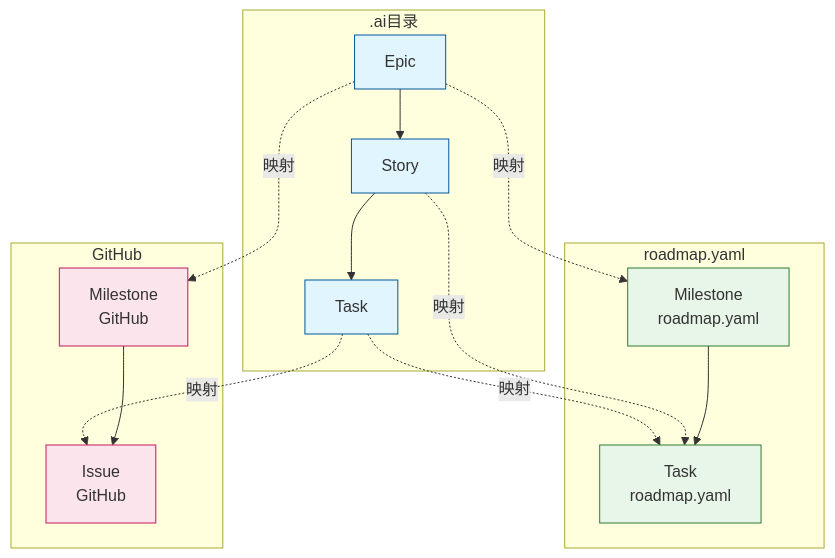
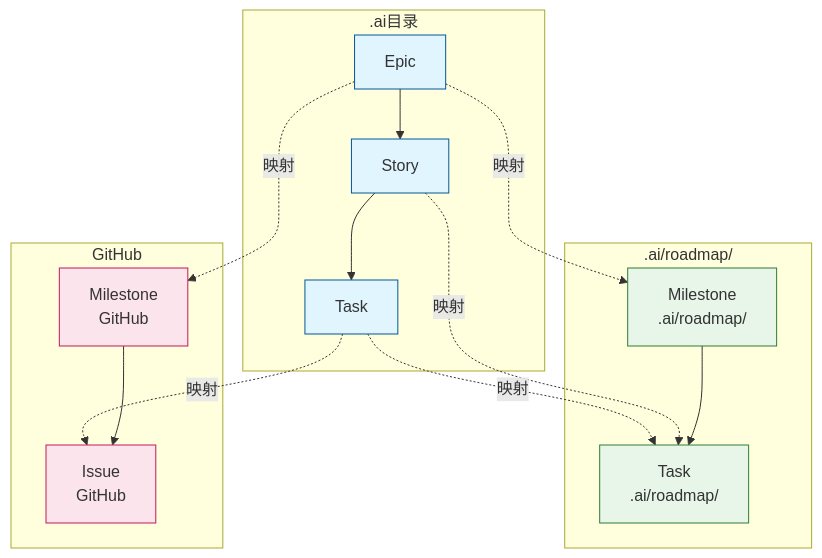
Before and after one commit to jacobcy/VibeCopilot: the first of 3 diagrams in .cursor/rules/command-rules/update-command.mdc, drawn with Mermaid. The commit also changed other lines of this file and 63 other files, not shown here.

````diff
--- a/.cursor/rules/command-rules/update-command.mdc
+++ b/.cursor/rules/command-rules/update-command.mdc
@@ -21,39 +21,39 @@
 ```mermaid
 graph TD
     Epic[Epic] --> Story[Story]
     Story --> Task[Task]
 
-    Milestone1[Milestone<br>roadmap.yaml] --> Task1[Task<br>roadmap.yaml]
+    Milestone1[Milestone<br>.ai/roadmap/] --> Task1[Task<br>.ai/roadmap/]
 
     Milestone2[Milestone<br>GitHub] --> Issue[Issue<br>GitHub]
 
     Epic -.映射.-> Milestone1
     Epic -.映射.-> Milestone2
     Story -.映射.-> Task1
     Task -.映射.-> Task1
     Task -.映射.-> Issue
 
     classDef local fill:#e1f5fe,stroke:#01579b
     classDef roadmap fill:#e8f5e9,stroke:#2e7d32
     classDef github fill:#fce4ec,stroke:#c2185b
 
     class Epic,Story,Task local
     class Milestone1,Task1 roadmap
     class Milestone2,Issue github
 
     subgraph 本地文件结构[".ai目录"]
         Epic
         Story
         Task
     end
 
-    subgraph 路线图["roadmap.yaml"]
+    subgraph 路线图[".ai/roadmap/"]
         Milestone1
         Task1
     end
 
     subgraph GitHub平台["GitHub"]
         Milestone2
         Issue
     end
 ```
````
